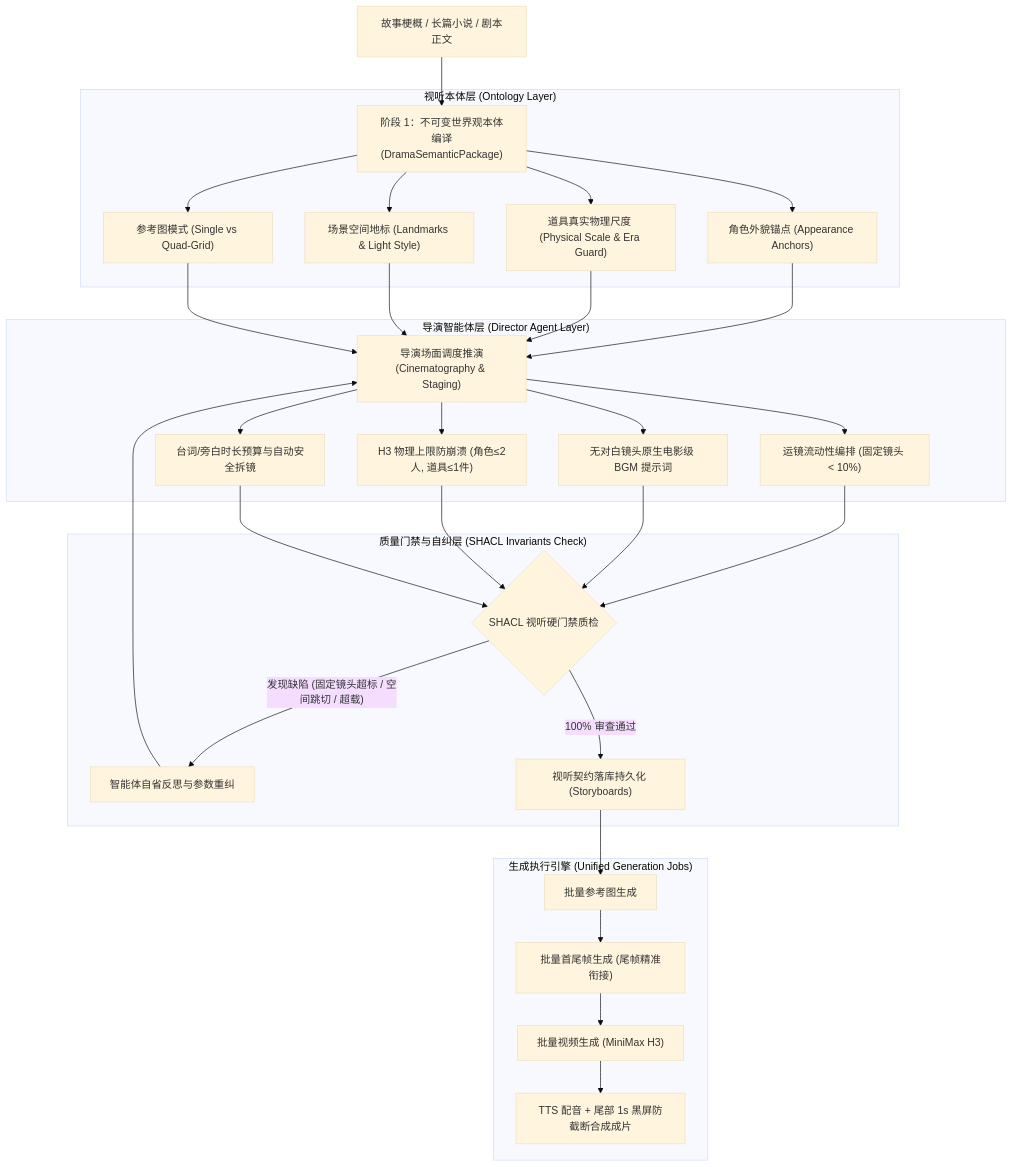
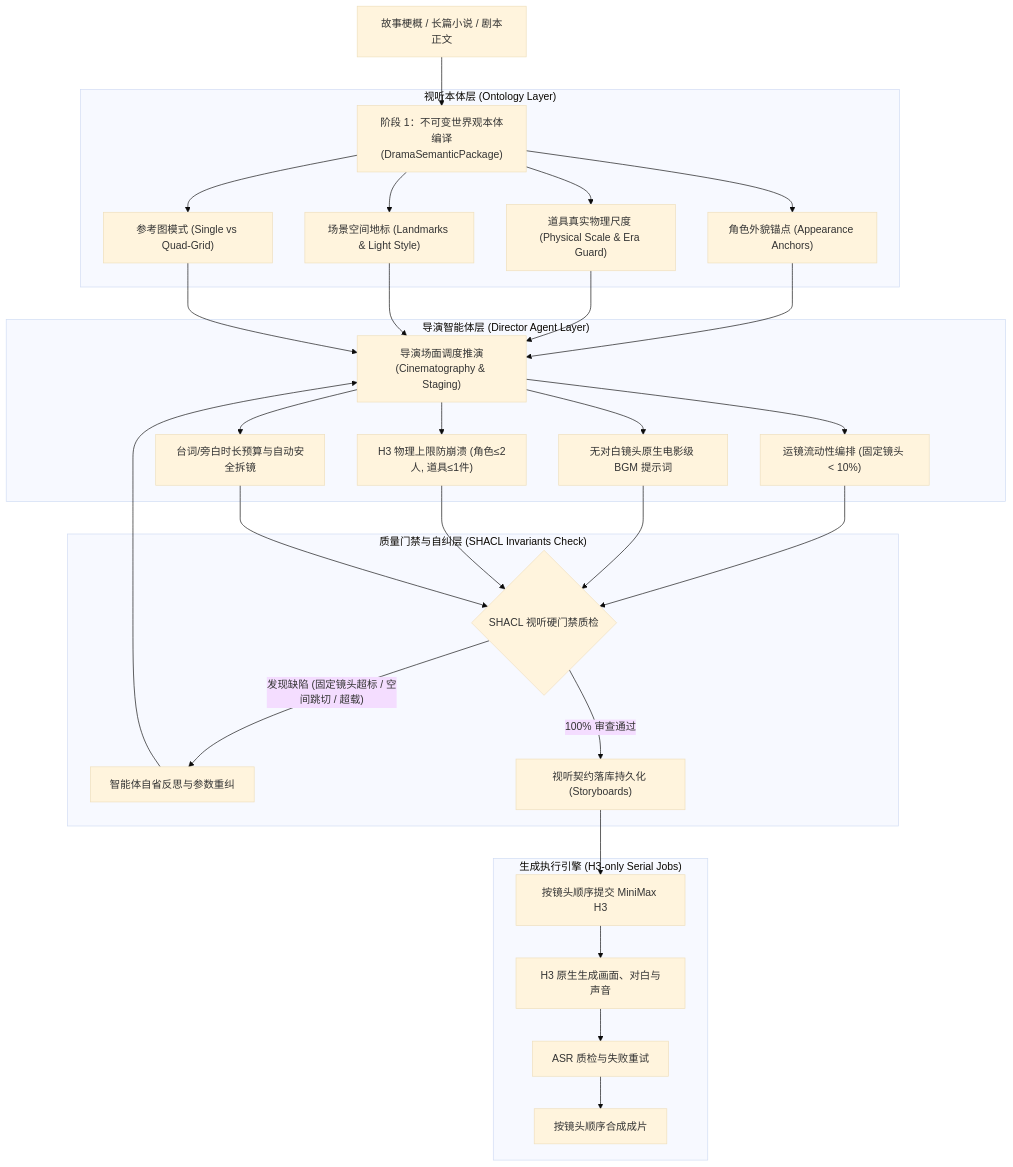
One commit to dota2015/OntologyLocalDrama changed the diagram in docs/ontology-director-architecture.md. Above: the diagram before and after it, drawn with Mermaid (base theme). The commit also changed other lines of this file and 31 other files, not shown here.

````diff
--- a/docs/ontology-director-architecture.md
+++ b/docs/ontology-director-architecture.md
@@ -23,33 +23,33 @@
 ```mermaid
 graph TD
     A["故事梗概 / 长篇小说 / 剧本正文"] --> B["阶段 1：不可变世界观本体编译<br/>(DramaSemanticPackage)"]
     
     subgraph "视听本体层 (Ontology Layer)"
         B --> B1["角色外貌锚点 (Appearance Anchors)"]
         B --> B2["道具真实物理尺度 (Physical Scale & Era Guard)"]
         B --> B3["场景空间地标 (Landmarks & Light Style)"]
         B --> B4["参考图模式 (Single vs Quad-Grid)"]
     end
     
     subgraph "导演智能体层 (Director Agent Layer)"
         B1 & B2 & B3 & B4 --> C["导演场面调度推演<br/>(Cinematography & Staging)"]
         C --> C1["运镜流动性编排 (固定镜头 &lt; 10%)"]
         C --> C2["无对白镜头原生电影级 BGM 提示词"]
         C --> C3["H3 物理上限防崩溃 (角色&le;2人, 道具&le;1件)"]
         C --> C4["台词/旁白时长预算与自动安全拆镜"]
     end
     
     subgraph "质量门禁与自纠层 (SHACL Invariants Check)"
         C1 & C2 & C3 & C4 --> D{"SHACL 视听硬门禁质检"}
         D -- "发现缺陷 (固定镜头超标 / 空间跳切 / 超载)" --> E["智能体自省反思与参数重纠"]
         E --> C
         D -- "100% 审查通过" --> F["视听契约落库持久化 (Storyboards)"]
     end
     
-    subgraph "生成执行引擎 (Unified Generation Jobs)"
-        F --> G["批量参考图生成"]
-        G --> H["批量首尾帧生成 (尾帧精准衔接)"]
-        H --> I["批量视频生成 (MiniMax H3)"]
-        I --> J["TTS 配音 + 尾部 1s 黑屏防截断合成成片"]
+    subgraph "生成执行引擎 (H3-only Serial Jobs)"
+        F --> G["按镜头顺序提交 MiniMax H3"]
+        G --> H["H3 原生生成画面、对白与声音"]
+        H --> I["ASR 质检与失败重试"]
+        I --> J["按镜头顺序合成成片"]
     end
 ```
````
